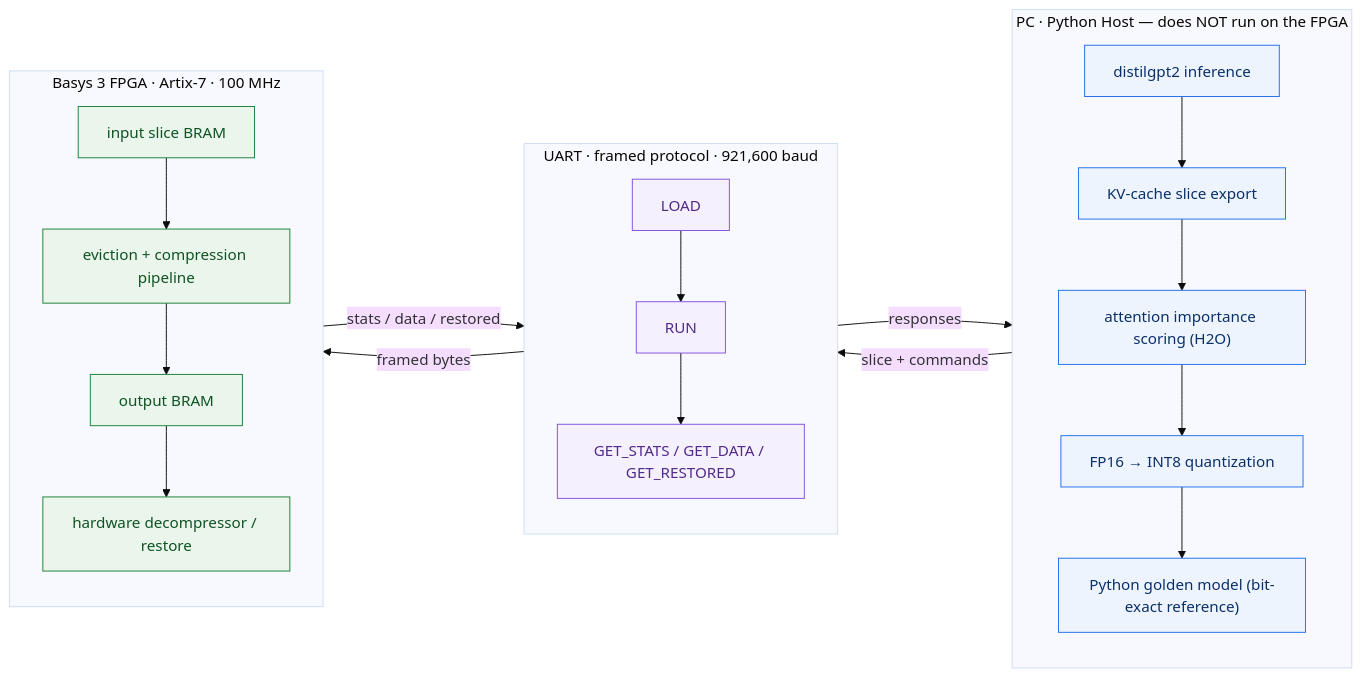
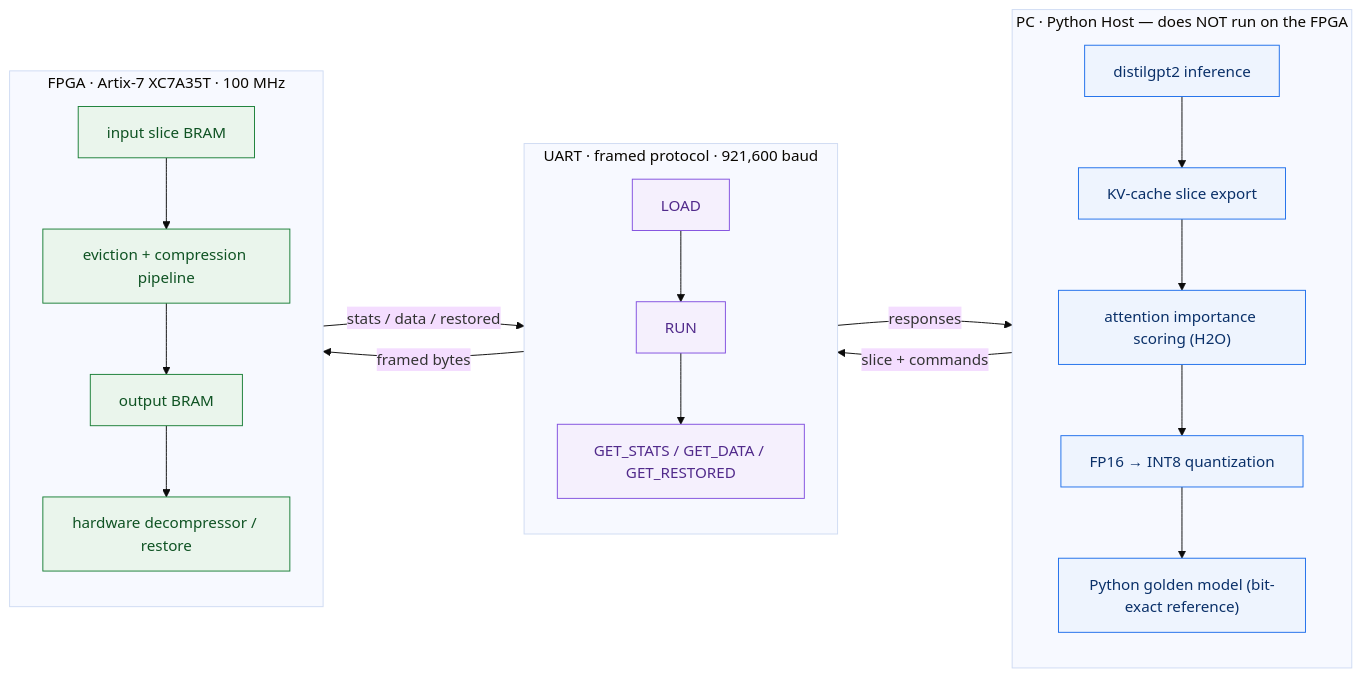
Before and after one commit to kgr-17/fpga-kv-cache-accelerator: the first of 4 diagrams in docs/diagrams.md, drawn with Mermaid (base theme). The commit also changed other lines of this file and 1 other file, not shown here.

Commit message:
docs: professional diagram labels (Artix-7 prototype, drop toy/Basys 3)

````diff
--- a/docs/diagrams.md
+++ b/docs/diagrams.md
@@ -16,31 +16,31 @@
 ```mermaid
 flowchart LR
   subgraph PC["PC · Python Host — does NOT run on the FPGA"]
     direction TB
     A1["distilgpt2 inference"] --> A2["KV-cache slice export"]
     A2 --> A3["attention importance scoring (H2O)"]
     A3 --> A4["FP16 → INT8 quantization"]
     A4 --> A5["Python golden model (bit-exact reference)"]
   end
   subgraph LINK["UART · framed protocol · 921,600 baud"]
     direction TB
     U1["LOAD"] --> U2["RUN"] --> U3["GET_STATS / GET_DATA / GET_RESTORED"]
   end
-  subgraph FPGA["Basys 3 FPGA · Artix-7 · 100 MHz"]
+  subgraph FPGA["FPGA · Artix-7 XC7A35T · 100 MHz"]
     direction TB
     F1["input slice BRAM"] --> F2["eviction + compression pipeline"]
     F2 --> F3["output BRAM"]
     F3 --> F4["hardware decompressor / restore"]
   end
   A4 -- "slice + commands" --> LINK
   LINK -- "framed bytes" --> F1
   F4 -- "stats / data / restored" --> LINK
   LINK -- "responses" --> A5
 
   classDef pc fill:#eef4fe,stroke:#1f6feb,color:#0a3069;
   classDef uart fill:#f5f0fd,stroke:#8250df,color:#512a8b;
   classDef fpga fill:#eaf5ec,stroke:#1a7f37,color:#0f5323;
   class A1,A2,A3,A4,A5 pc
   class U1,U2,U3 uart
   class F1,F2,F3,F4 fpga
 ```
````
